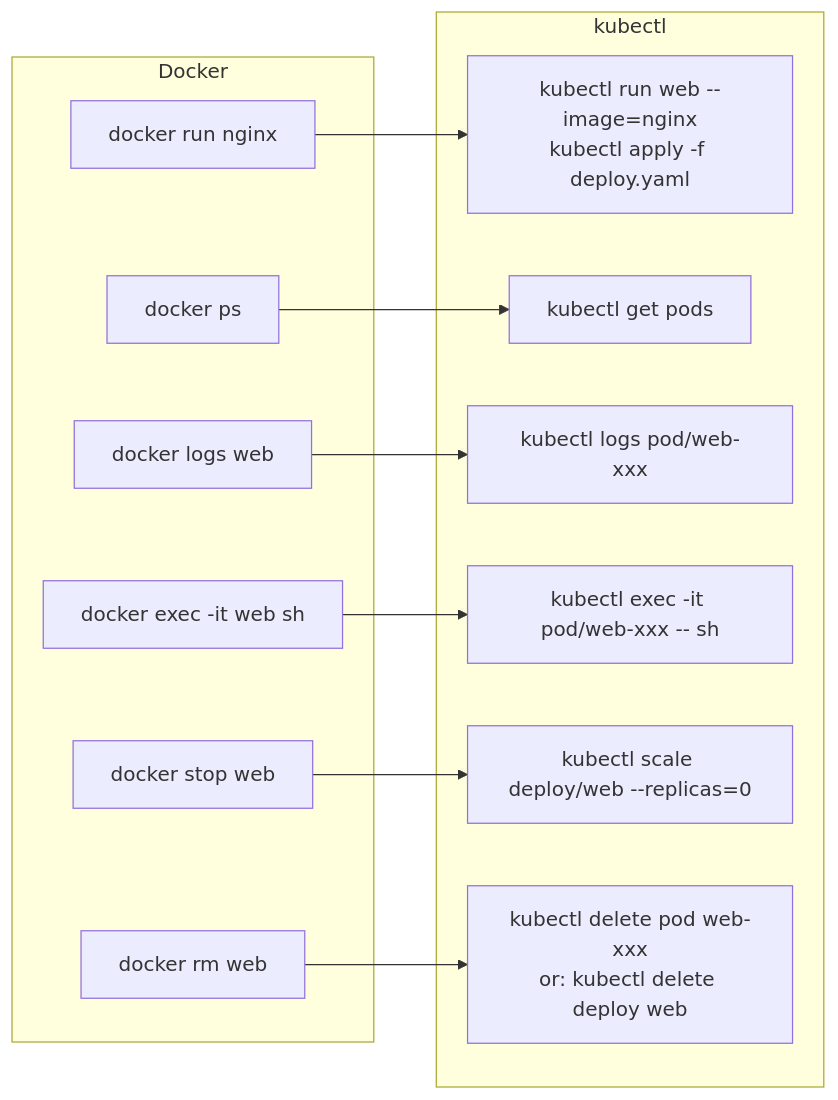
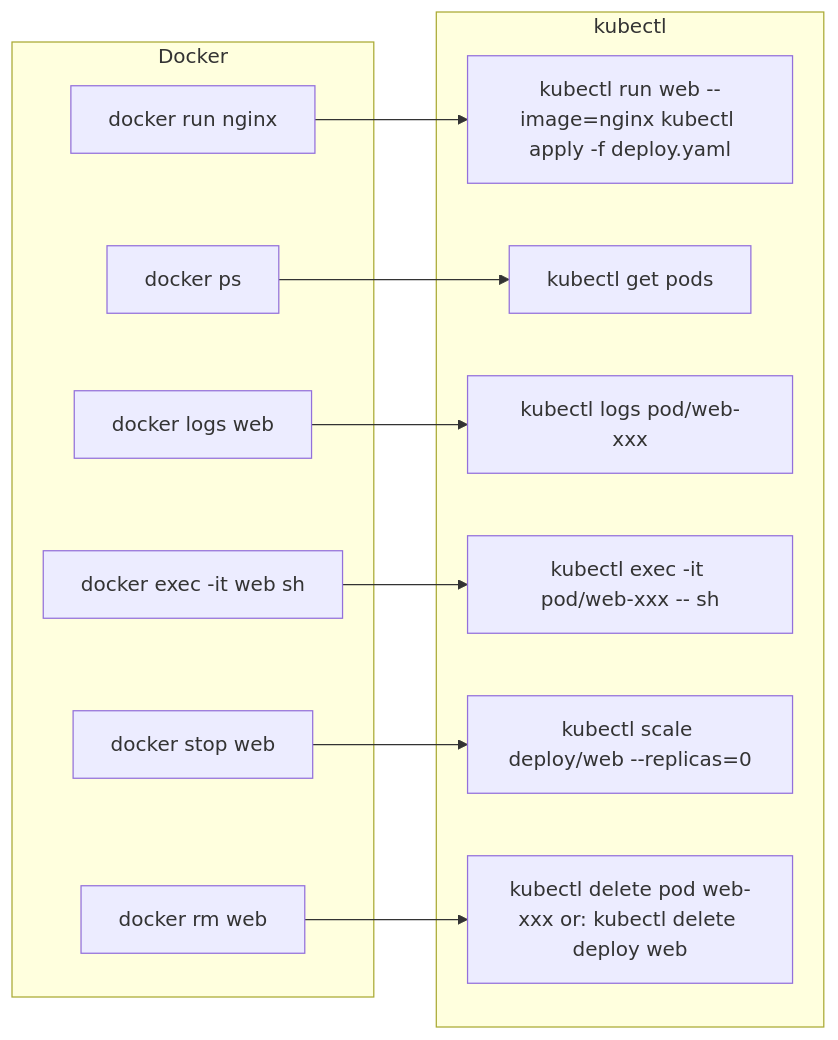
Before and after one commit to UncleJS/course_k3s: the third of 7 diagrams in 17_docker_to_k3s/01_mental_model_shift.md, drawn with Mermaid. The commit also changed other lines of this file and 57 other files, not shown here.

````diff
--- a/17_docker_to_k3s/01_mental_model_shift.md
+++ b/17_docker_to_k3s/01_mental_model_shift.md
@@ -134,25 +134,25 @@
 ```mermaid
 graph LR
     subgraph Docker
         DR[docker run nginx]
         DP[docker ps]
         DL[docker logs web]
         DE[docker exec -it web sh]
         DST[docker stop web]
         DRM[docker rm web]
     end
     subgraph kubectl
-        KA[kubectl run web --image=nginx\nkubectl apply -f deploy.yaml]
+        KA[kubectl run web --image=nginx kubectl apply -f deploy.yaml]
         KP[kubectl get pods]
         KL[kubectl logs pod/web-xxx]
         KE[kubectl exec -it pod/web-xxx -- sh]
         KS[kubectl scale deploy/web --replicas=0]
-        KRM[kubectl delete pod web-xxx\nor: kubectl delete deploy web]
+        KRM[kubectl delete pod web-xxx or: kubectl delete deploy web]
     end
     DR --> KA
     DP --> KP
     DL --> KL
     DE --> KE
     DST --> KS
     DRM --> KRM
 ```
````
